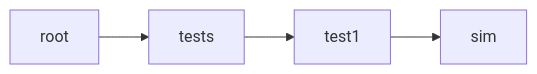
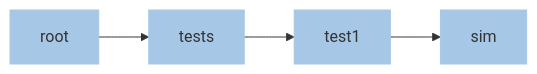
The second of 2 diagrams in docs/python-client/folders.md (simvue-io/docs), drawn with Mermaid before and after one commit. The commit also changed other lines of this file, not shown here.

Commit message:
Adjust style of diagrams

````diff
--- a/docs/python-client/folders.md
+++ b/docs/python-client/folders.md
@@ -20,6 +22,10 @@
 ``` mermaid
 graph LR
   A[root] --> B[tests];
   B[tests] --> C[test1];
   C --> D[sim];
+  style A fill:#A7C7E7,stroke: #A7C7E7;
+  style B fill:#A7C7E7,stroke: #A7C7E7;
+  style C fill:#A7C7E7,stroke: #A7C7E7;
+  style D fill:#A7C7E7,stroke: #A7C7E7;
 ```
````
